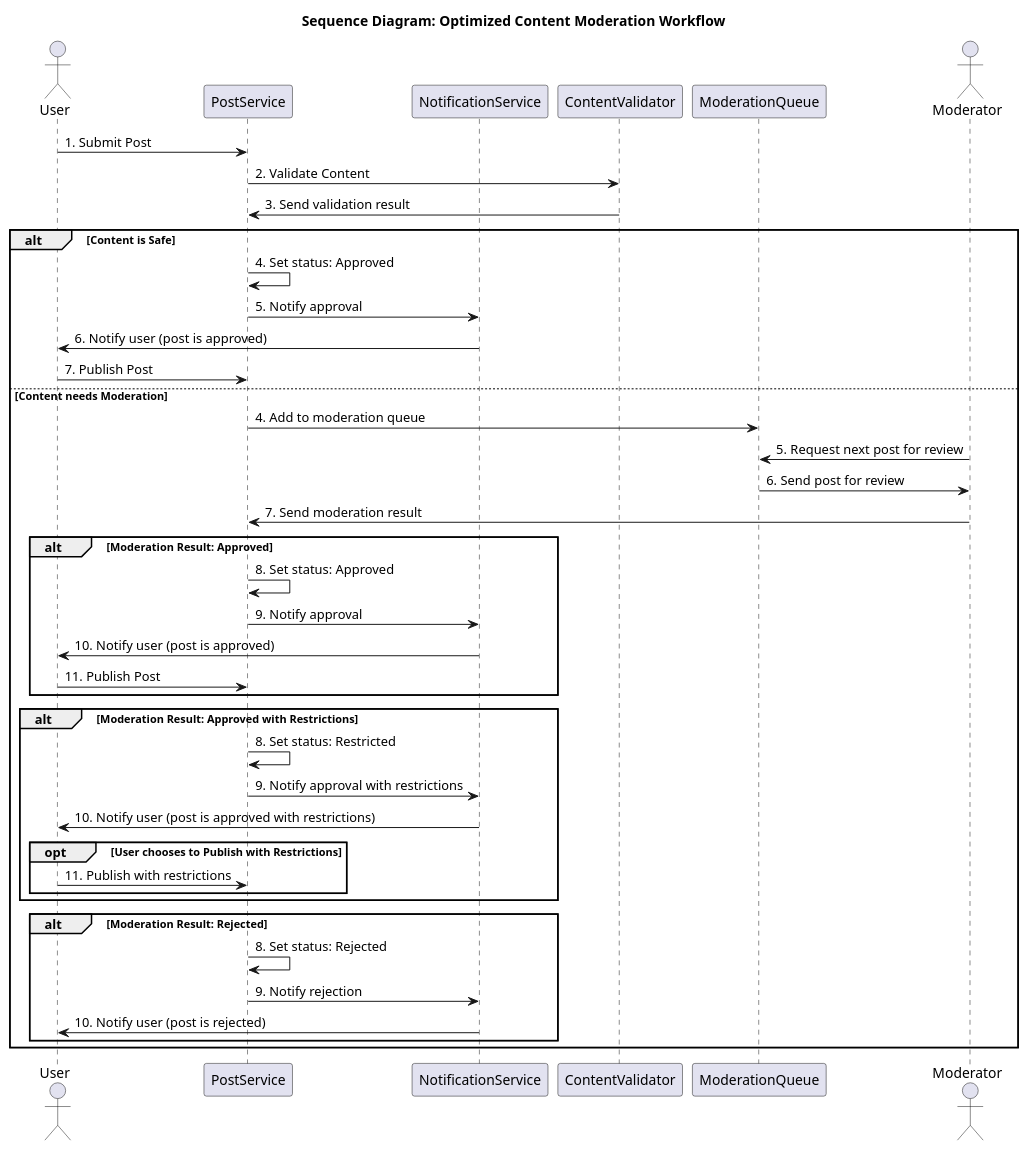
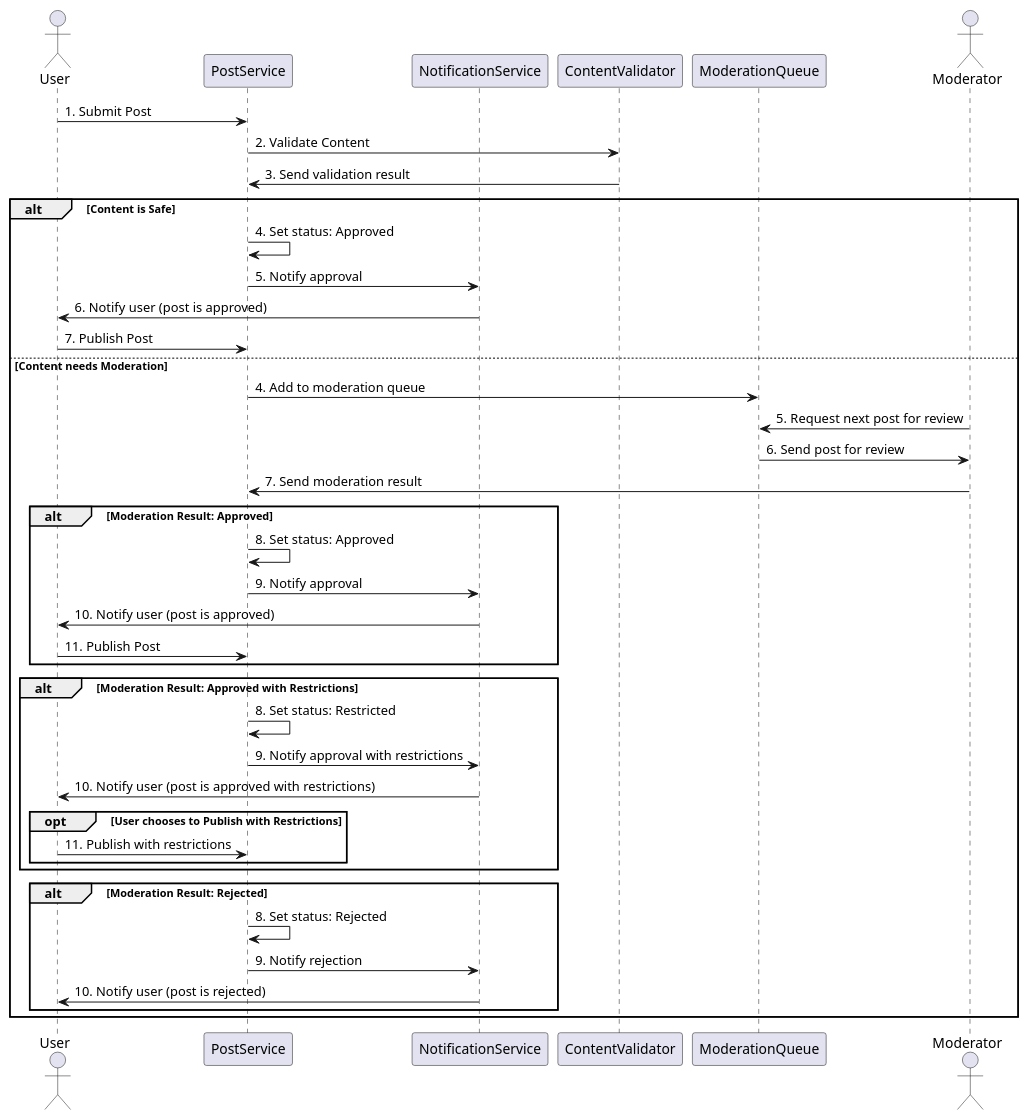
One commit to iWANbpe/Vaultbooking changed the diagram in Lab3/Lad3 description.puml. Above: the diagram before and after it, drawn with PlantUML. The commit also changed 1 other file, not shown here.

```diff
--- a/Lab3/Lad3 description.puml
+++ b/Lab3/Lad3 description.puml
@@ -1,53 +1,52 @@
 @startuml
-title Sequence Diagram: Optimized Content Moderation Workflow
 
 actor User
 participant PostService as PS
 participant NotificationService as NS
 participant ContentValidator as CV
 participant ModerationQueue as MQ
 actor Moderator
 
 User -> PS: 1. Submit Post
 PS -> CV: 2. Validate Content
 CV -> PS: 3. Send validation result
 
 alt Content is Safe
     PS -> PS: 4. Set status: Approved
     PS -> NS: 5. Notify approval
     NS -> User: 6. Notify user (post is approved)
     User -> PS: 7. Publish Post
 
 
 else Content needs Moderation
     PS -> MQ: 4. Add to moderation queue
     Moderator -> MQ: 5. Request next post for review
     MQ -> Moderator: 6. Send post for review
     Moderator -> PS: 7. Send moderation result
 
     alt Moderation Result: Approved
         PS -> PS: 8. Set status: Approved
         PS -> NS: 9. Notify approval
         NS -> User: 10. Notify user (post is approved)
         User -> PS: 11. Publish Post
     end
 
     alt Moderation Result: Approved with Restrictions
         PS -> PS: 8. Set status: Restricted
         PS -> NS: 9. Notify approval with restrictions
         NS -> User: 10. Notify user (post is approved with restrictions)
         
         opt User chooses to Publish with Restrictions
             User -> PS: 11. Publish with restrictions
         end
         
     end
 
     alt Moderation Result: Rejected
         PS -> PS: 8. Set status: Rejected
         PS -> NS: 9. Notify rejection
         NS -> User: 10. Notify user (post is rejected)
         
         end
     end
 @enduml
```
